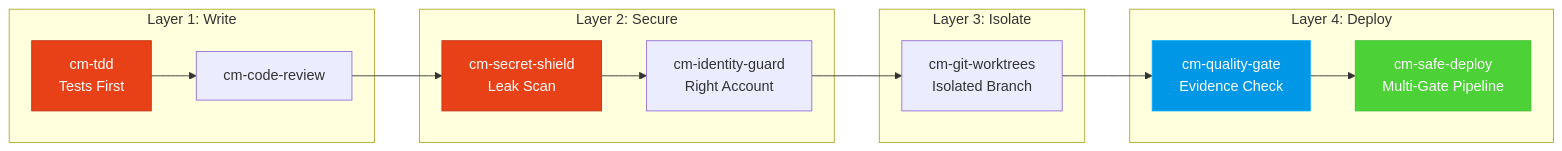
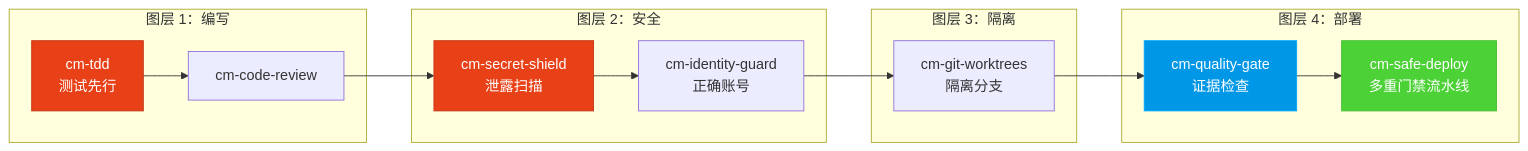
The third of 3 diagrams in README-zh.md (tody-agent/codymaster), drawn with Mermaid before and after one commit. The commit also changed other lines of this file and 57 other files, not shown here.

````diff
--- a/README-zh.md
+++ b/README-zh.md
@@ -109,19 +109,19 @@
 ```mermaid
 flowchart LR
-    subgraph "Layer 1: Write"
-        A["cm-tdd<br/>Tests First"] --> B["cm-code-review"]
+    subgraph "图层 1：编写"
+        A["cm-tdd<br/>测试先行"] --> B["cm-code-review"]
     end
-    subgraph "Layer 2: Secure"
-        B --> C["cm-secret-shield<br/>Leak Scan"] --> D["cm-identity-guard<br/>Right Account"]
+    subgraph "图层 2：安全"
+        B --> C["cm-secret-shield<br/>泄露扫描"] --> D["cm-identity-guard<br/>正确账号"]
     end
-    subgraph "Layer 3: Isolate"
-        D --> E["cm-git-worktrees<br/>Isolated Branch"]
+    subgraph "图层 3：隔离"
+        D --> E["cm-git-worktrees<br/>隔离分支"]
     end
-    subgraph "Layer 4: Deploy"
-        E --> F["cm-quality-gate<br/>Evidence Check"] --> G["cm-safe-deploy<br/>Multi-Gate Pipeline"]
+    subgraph "图层 4：部署"
+        E --> F["cm-quality-gate<br/>证据检查"] --> G["cm-safe-deploy<br/>多重门禁流水线"]
     end
     style A fill:#e84118,stroke:#c23616,color:#fff
     style C fill:#e84118,stroke:#c23616,color:#fff
     style F fill:#0097e6,stroke:#00a8ff,color:#fff
     style G fill:#4cd137,stroke:#44bd32,color:#fff
 ```
````
